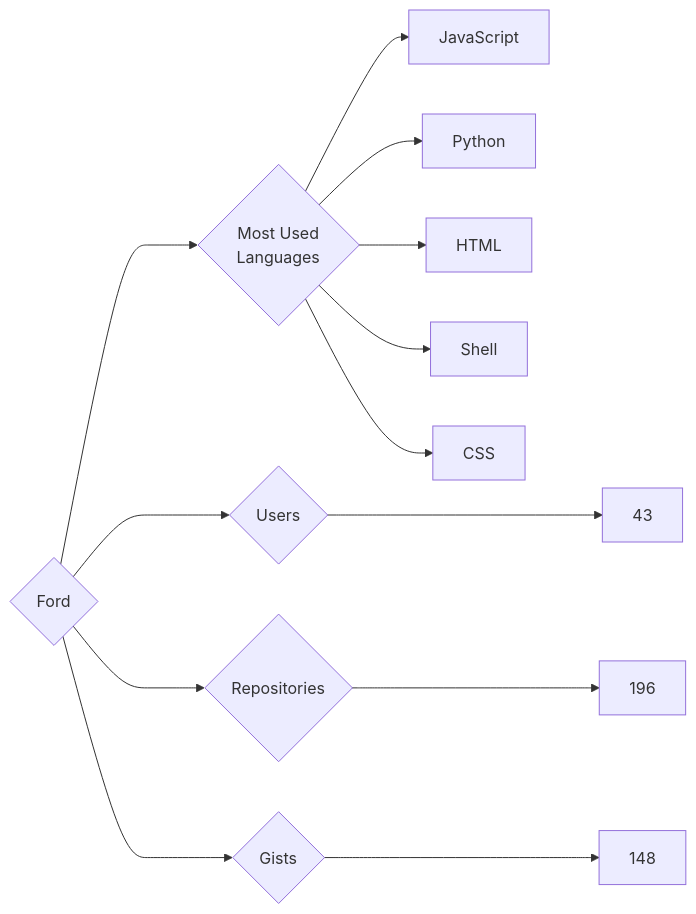
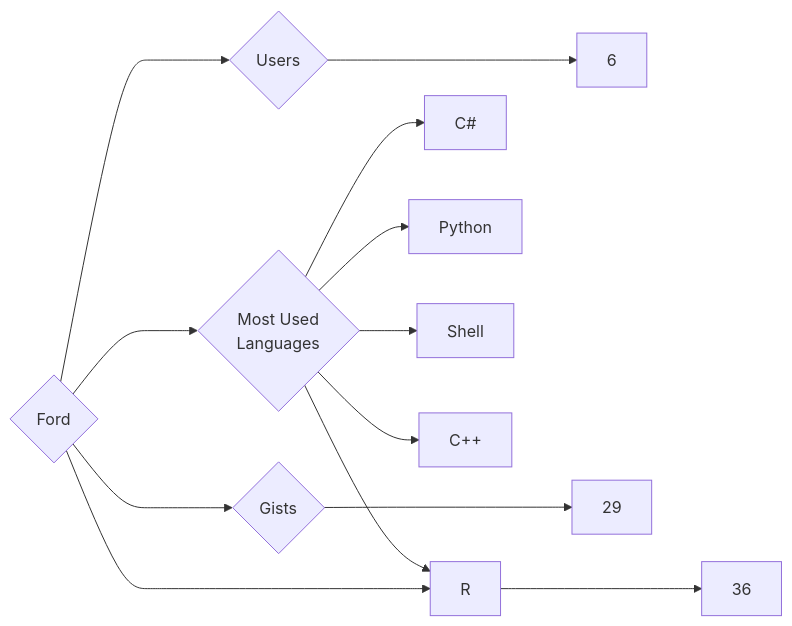
The diagram in targets/Ford/README.md (trickest/insiders), drawn with Mermaid before and after one commit. The commit also changed 757 other files, not shown here.

````diff
--- a/targets/Ford/README.md
+++ b/targets/Ford/README.md
@@ -3,13 +3,13 @@
 ```mermaid
 graph LR
 COMPANY_NAME{Ford}
-COMPANY_NAME ---> U{Users} ---> UN[43]
-COMPANY_NAME ---> R{Repositories} ---> RN[196]
-COMPANY_NAME ---> G{Gists} ---> GN[148]
+COMPANY_NAME ---> U{Users} ---> UN[6]
+COMPANY_NAME ---> R{Repositories} ---> RN[36]
+COMPANY_NAME ---> G{Gists} ---> GN[29]
 COMPANY_NAME ---> ML{Most Used<br>Languages}
-ML --> JavaScript[JavaScript]
+ML --> C#[C#]
 ML --> Python[Python]
-ML --> HTML[HTML]
 ML --> Shell[Shell]
-ML --> CSS[CSS]
+ML --> R[R]
+ML --> C++[C++]
 ```
````
